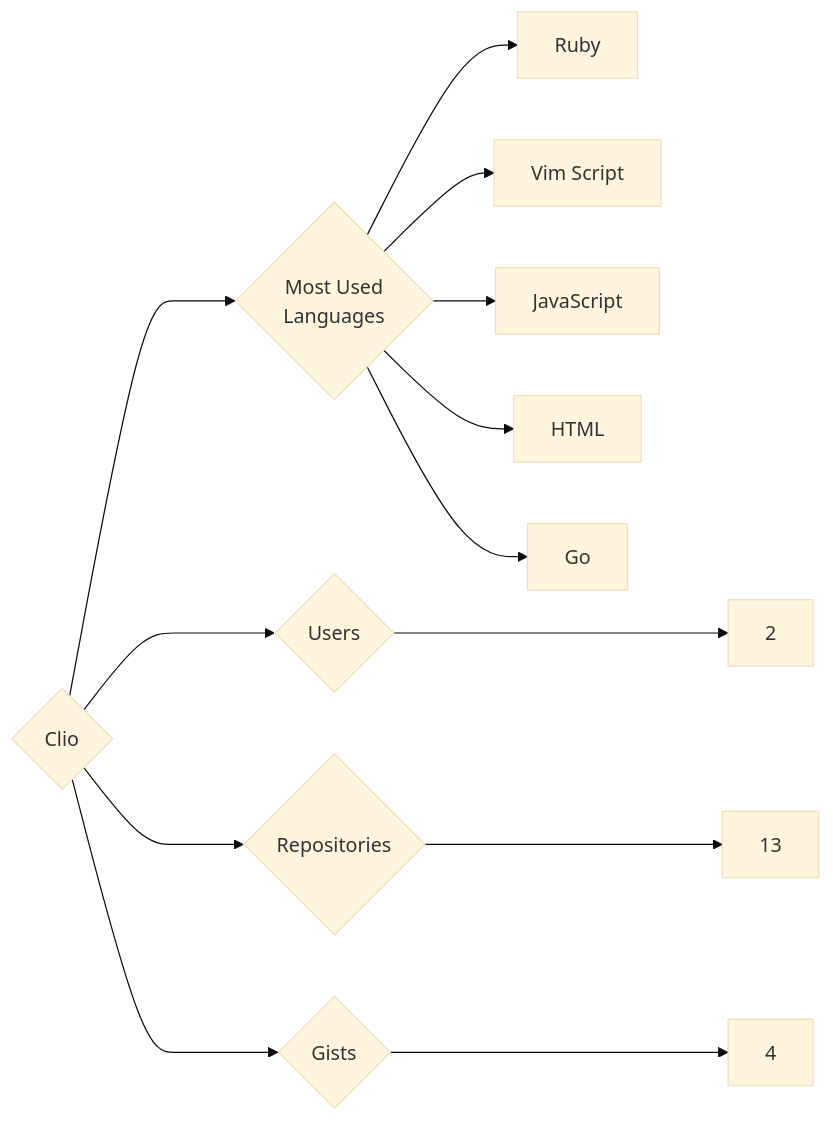
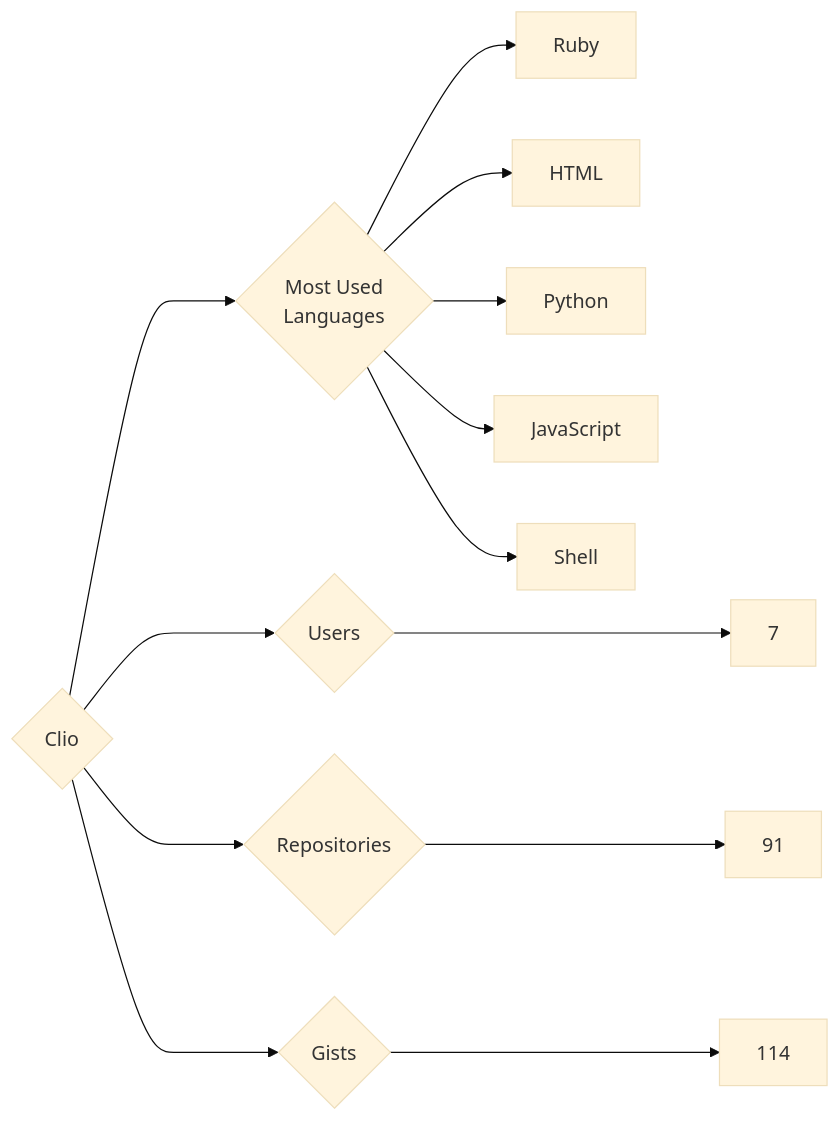
One commit to trickest/insiders changed the diagram in targets/Clio/README.md. Above: the diagram before and after it, drawn with Mermaid (base theme). The commit also changed 745 other files, not shown here.

````diff
--- a/targets/Clio/README.md
+++ b/targets/Clio/README.md
@@ -3,13 +3,13 @@
 ```mermaid
 graph LR
 COMPANY_NAME{Clio}
-COMPANY_NAME ---> U{Users} ---> UN[2]
-COMPANY_NAME ---> R{Repositories} ---> RN[13]
-COMPANY_NAME ---> G{Gists} ---> GN[4]
+COMPANY_NAME ---> U{Users} ---> UN[7]
+COMPANY_NAME ---> R{Repositories} ---> RN[91]
+COMPANY_NAME ---> G{Gists} ---> GN[114]
 COMPANY_NAME ---> ML{Most Used<br>Languages}
 ML --> Ruby[Ruby]
-ML --> Vim_Script[Vim Script]
+ML --> HTML[HTML]
+ML --> Python[Python]
 ML --> JavaScript[JavaScript]
-ML --> HTML[HTML]
-ML --> Go[Go]
+ML --> Shell[Shell]
 ```
````
